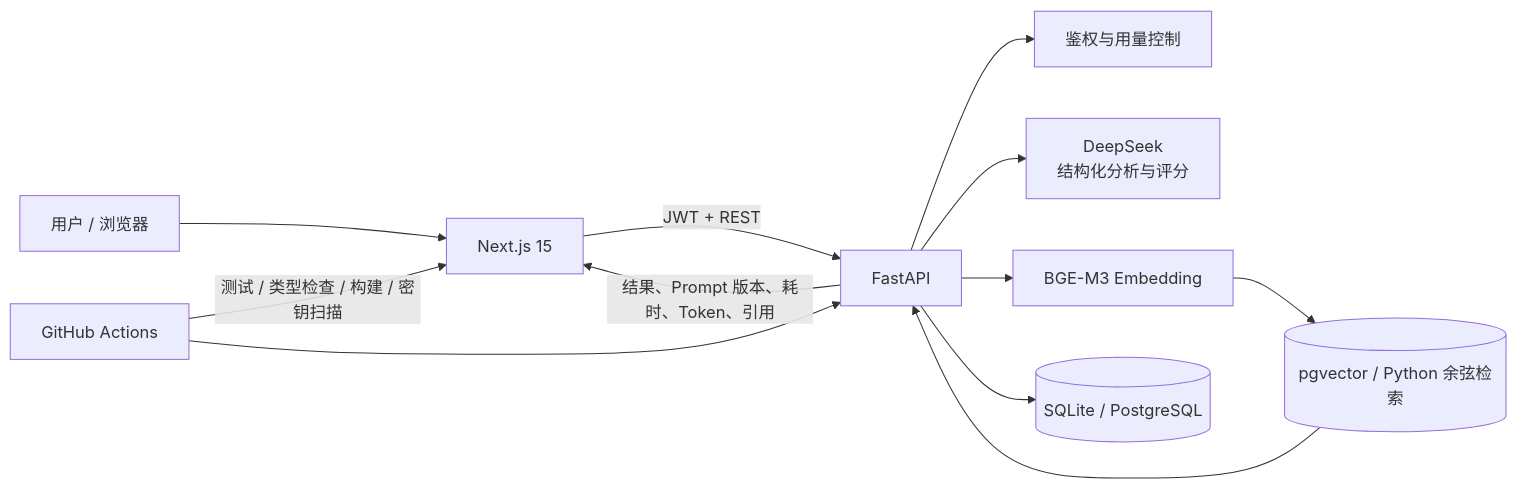
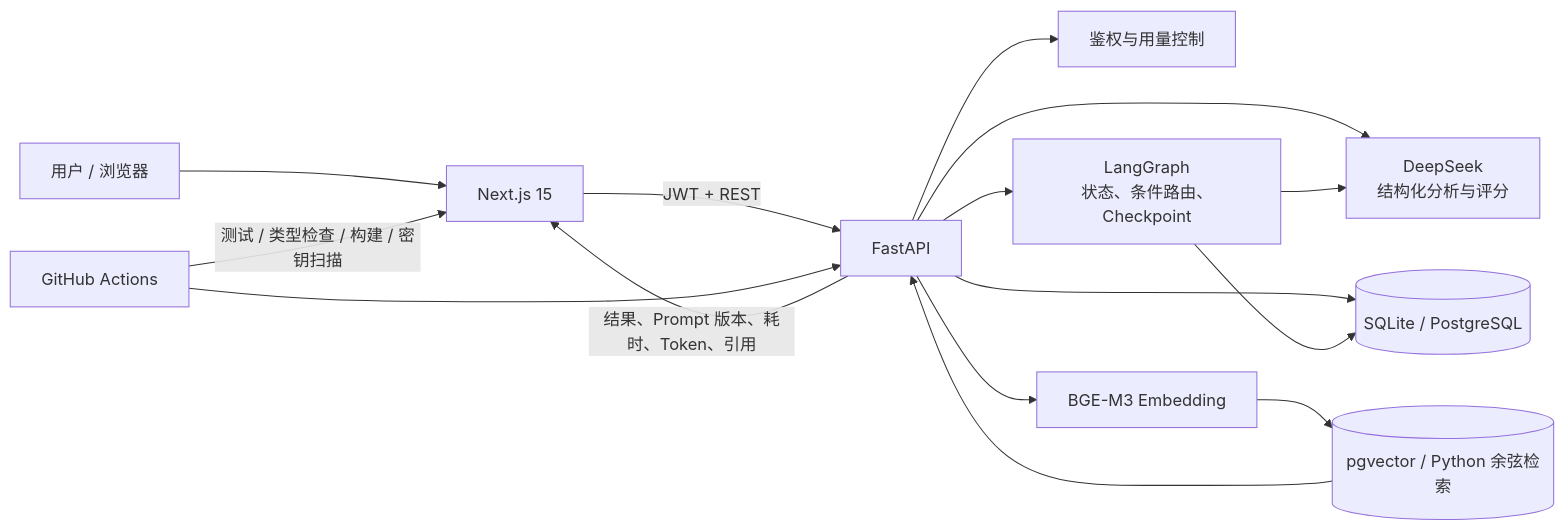
The first of 2 diagrams in README.md (Bai-WeiYi/zhixi-ai-job-assistant), drawn with Mermaid before and after one commit. The commit also changed other lines of this file and 22 other files, not shown here.

````diff
--- a/README.md
+++ b/README.md
@@ -48,14 +49,17 @@
 ```mermaid
 flowchart LR
     U["用户 / 浏览器"] --> N["Next.js 15"]
     N -->|JWT + REST| F["FastAPI"]
     F --> A["鉴权与用量控制"]
     F --> L["DeepSeek<br/>结构化分析与评分"]
+    F --> LG["LangGraph<br/>状态、条件路由、Checkpoint"]
     F --> E["BGE-M3 Embedding"]
     F --> D[("SQLite / PostgreSQL")]
     E --> V[("pgvector / Python 余弦检索")]
     V --> F
+    LG --> D
+    LG --> L
     F -->|结果、Prompt 版本、耗时、Token、引用| N
     G["GitHub Actions"] -->|测试 / 类型检查 / 构建 / 密钥扫描| N
     G --> F
 ```
````
